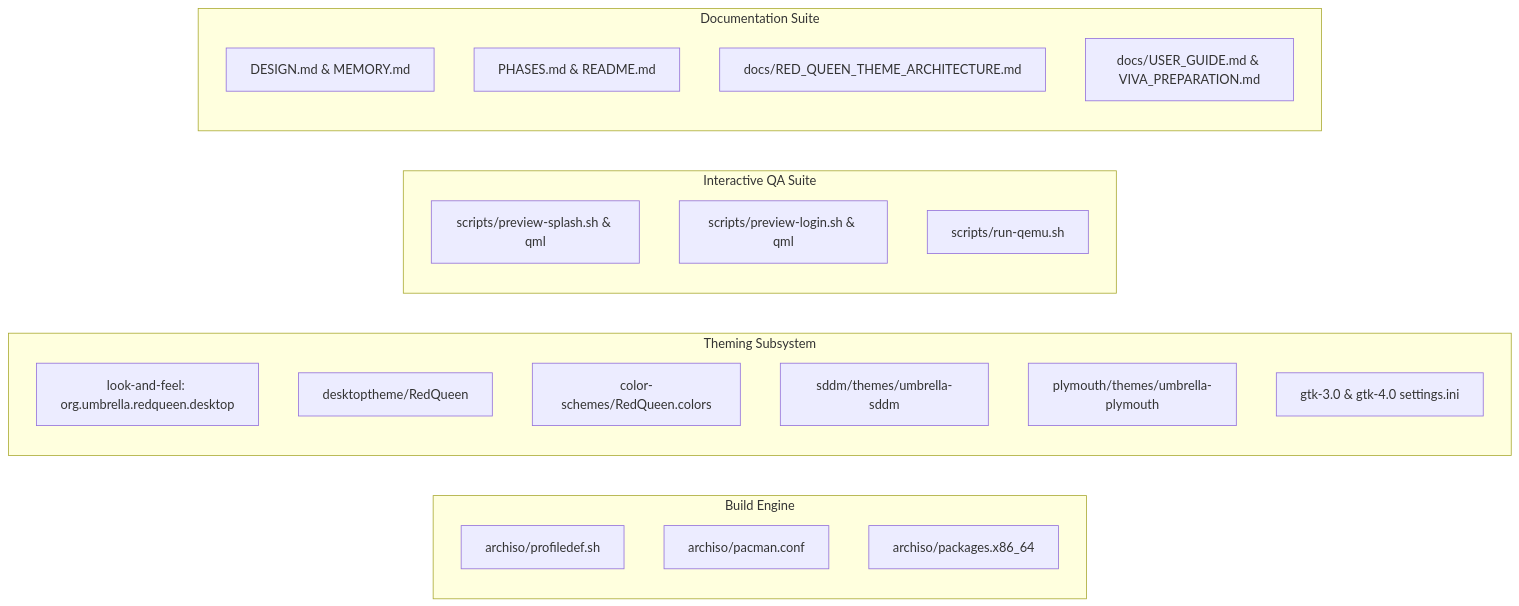
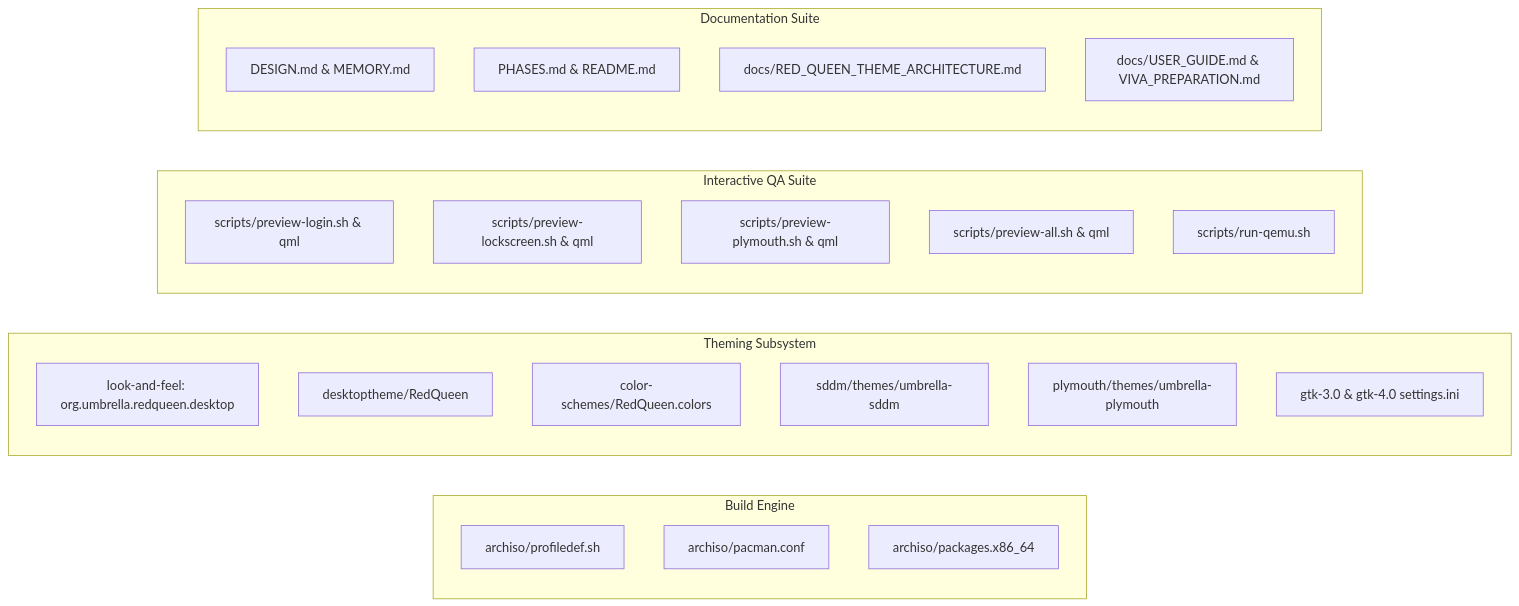
Before and after one commit to Aak4shz/Umbrella-Corporation_OS: the third of 3 diagrams in MEMORY.md, drawn with Mermaid. The commit also changed other lines of this file, not shown here.

Commit message:
MEMORY.md: updated command references and QA suite diagram

````diff
--- a/MEMORY.md
+++ b/MEMORY.md
@@ -170,30 +173,32 @@
 ```mermaid
 graph LR
     subgraph Build Engine
         A1[archiso/profiledef.sh]
         A2[archiso/pacman.conf]
         A3[archiso/packages.x86_64]
     end
 
     subgraph Theming Subsystem
         T1[look-and-feel: org.umbrella.redqueen.desktop]
         T2[desktoptheme/RedQueen]
         T3[color-schemes/RedQueen.colors]
         T4[sddm/themes/umbrella-sddm]
         T5[plymouth/themes/umbrella-plymouth]
         T6[gtk-3.0 & gtk-4.0 settings.ini]
     end
 
     subgraph Interactive QA Suite
-        Q1[scripts/preview-splash.sh & qml]
-        Q2[scripts/preview-login.sh & qml]
-        Q3[scripts/run-qemu.sh]
+        Q1[scripts/preview-login.sh & qml]
+        Q2[scripts/preview-lockscreen.sh & qml]
+        Q3[scripts/preview-plymouth.sh & qml]
+        Q4[scripts/preview-all.sh & qml]
+        Q5[scripts/run-qemu.sh]
     end
 
     subgraph Documentation Suite
         D1[DESIGN.md & MEMORY.md]
         D2[PHASES.md & README.md]
         D3[docs/RED_QUEEN_THEME_ARCHITECTURE.md]
         D4[docs/USER_GUIDE.md & VIVA_PREPARATION.md]
     end
 ```
````
